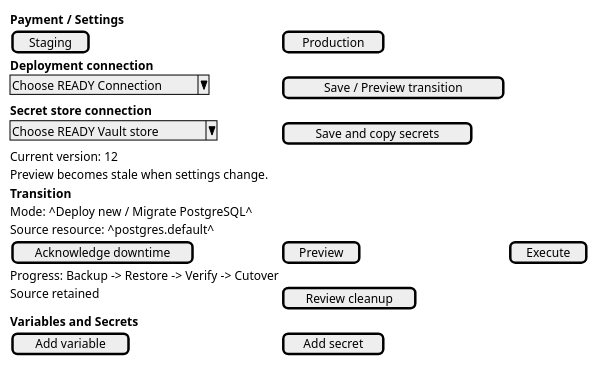
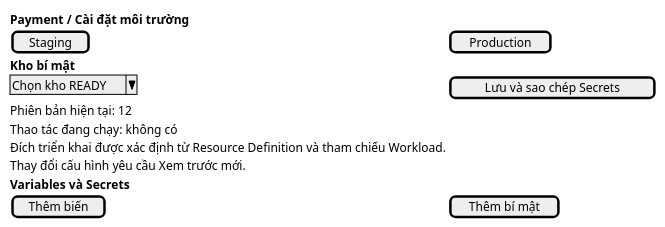
One commit to pr3s3nt/poc changed the diagram in orchestrator_docs/usecase/UC-01/ui/wireframe.puml. Above: the diagram before and after it, drawn with PlantUML. The commit also changed 126 other files, not shown here.

First line of the commit message:
Complete V04 dependency graph and full-app acceptance

```diff
--- a/orchestrator_docs/usecase/UC-01/ui/wireframe.puml
+++ b/orchestrator_docs/usecase/UC-01/ui/wireframe.puml
@@ -1,21 +1,15 @@
 @startuml
 salt
 {
- <b>Payment / Settings</b>
+ <b>Payment / Cài đặt môi trường</b>
  [ Staging ] | [ Production ]
- <b>Deployment connection</b>
- ^Choose READY Connection^ | [ Save / Preview transition ]
- <b>Secret store connection</b>
- ^Choose READY Vault store^ | [ Save and copy secrets ]
- Current version: 12
- Preview becomes stale when settings change.
- <b>Transition</b>
- Mode: ^Deploy new / Migrate PostgreSQL^
- Source resource: ^postgres.default^
- [ Acknowledge downtime ] | [ Preview ] | [ Execute ]
- Progress: Backup -> Restore -> Verify -> Cutover
- Source retained | [ Review cleanup ]
- <b>Variables and Secrets</b>
- [ Add variable ] | [ Add secret ]
+ <b>Kho bí mật</b>
+ ^Chọn kho READY^ | [ Lưu và sao chép Secrets ]
+ Phiên bản hiện tại: 12
+ Thao tác đang chạy: không có
+ Đích triển khai được xác định từ Resource Definition và tham chiếu Workload.
+ Thay đổi cấu hình yêu cầu Xem trước mới.
+ <b>Variables và Secrets</b>
+ [ Thêm biến ] | [ Thêm bí mật ]
 }
 @enduml
```
